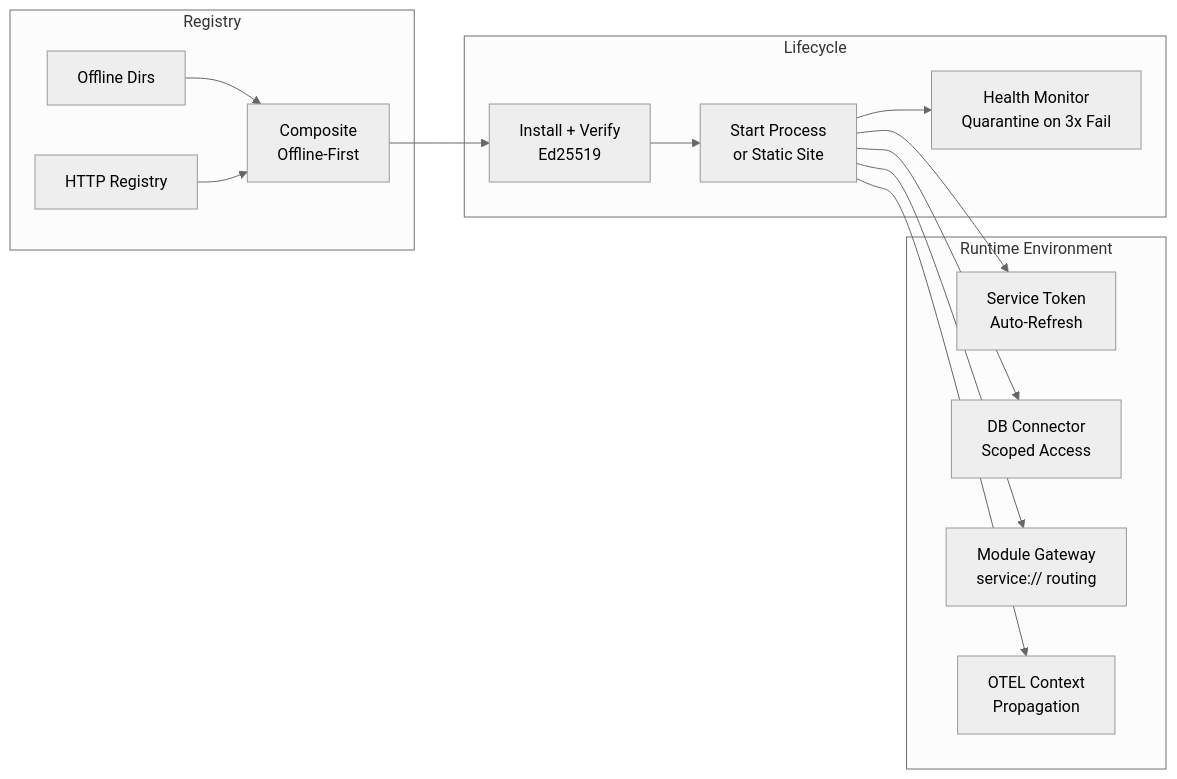
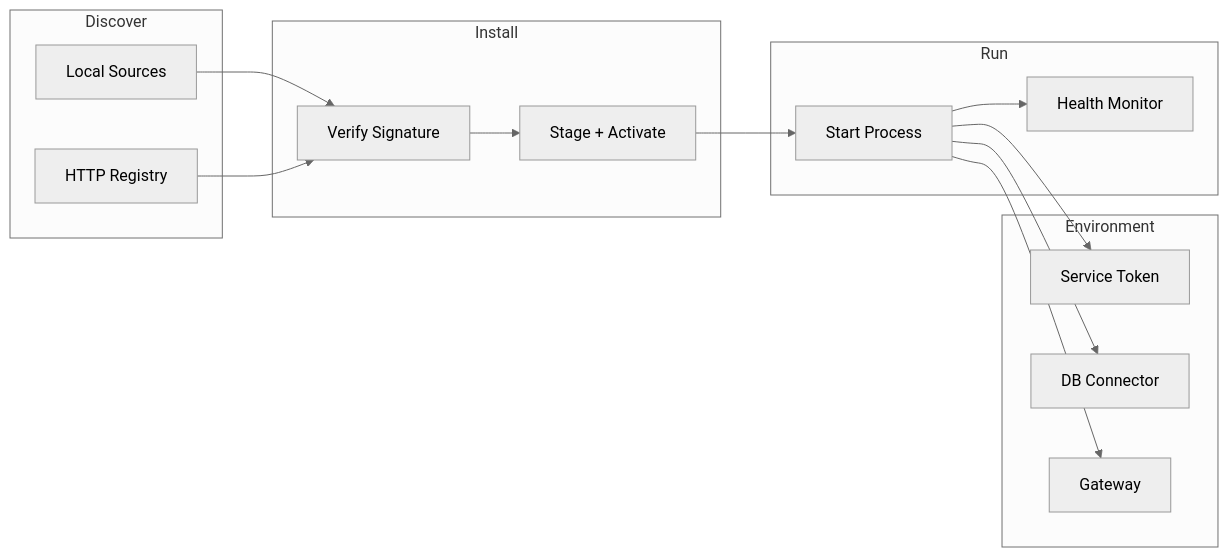
One commit to J03lF/fenrir changed the second of 6 diagrams in README.md. Above: the diagram before and after it, drawn with Mermaid (neutral theme). The commit also changed other lines of this file, not shown here.

Commit message:
Add comprehensive README with architecture docs, CLI reference, and ecosystem overview

````diff
--- a/README.md
+++ b/README.md
@@ -328,31 +337,32 @@
 ```mermaid
 flowchart LR
-  subgraph registry [Registry]
-    Offline[Offline Dirs]
-    Remote[HTTP Registry]
-    Composite[Composite<br>Offline-First]
+  subgraph discover [Discover]
+    Local["Local Sources"]
+    Remote["HTTP Registry"]
   end
 
-  subgraph lifecycle [Lifecycle]
-    Install[Install + Verify<br>Ed25519]
-    Start[Start Process<br>or Static Site]
-    Health[Health Monitor<br>Quarantine on 3x Fail]
+  subgraph install [Install]
+    Verify["Verify Signature"]
+    Activate["Stage + Activate"]
   end
 
-  subgraph runtime_env [Runtime Environment]
-    Token[Service Token<br>Auto-Refresh]
-    DbConn[DB Connector<br>Scoped Access]
-    GW[Module Gateway<br>service:// routing]
-    OTEL[OTEL Context<br>Propagation]
+  subgraph run [Run]
+    Start["Start Process"]
+    Health["Health Monitor"]
   end
 
-  Offline --> Composite
-  Remote --> Composite
-  Composite --> Install
-  Install --> Start
+  subgraph env [Environment]
+    Token["Service Token"]
+    DB["DB Connector"]
+    GW["Gateway"]
+  end
+
+  Local --> Verify
+  Remote --> Verify
+  Verify --> Activate
+  Activate --> Start
   Start --> Health
   Start --> Token
-  Start --> DbConn
+  Start --> DB
   Start --> GW
-  Start --> OTEL
 ```
````
